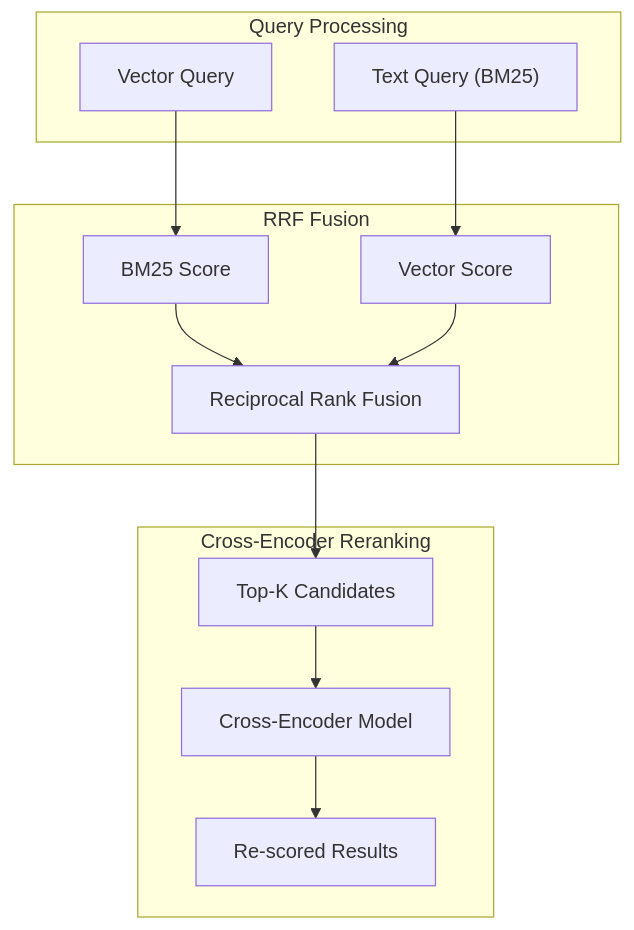
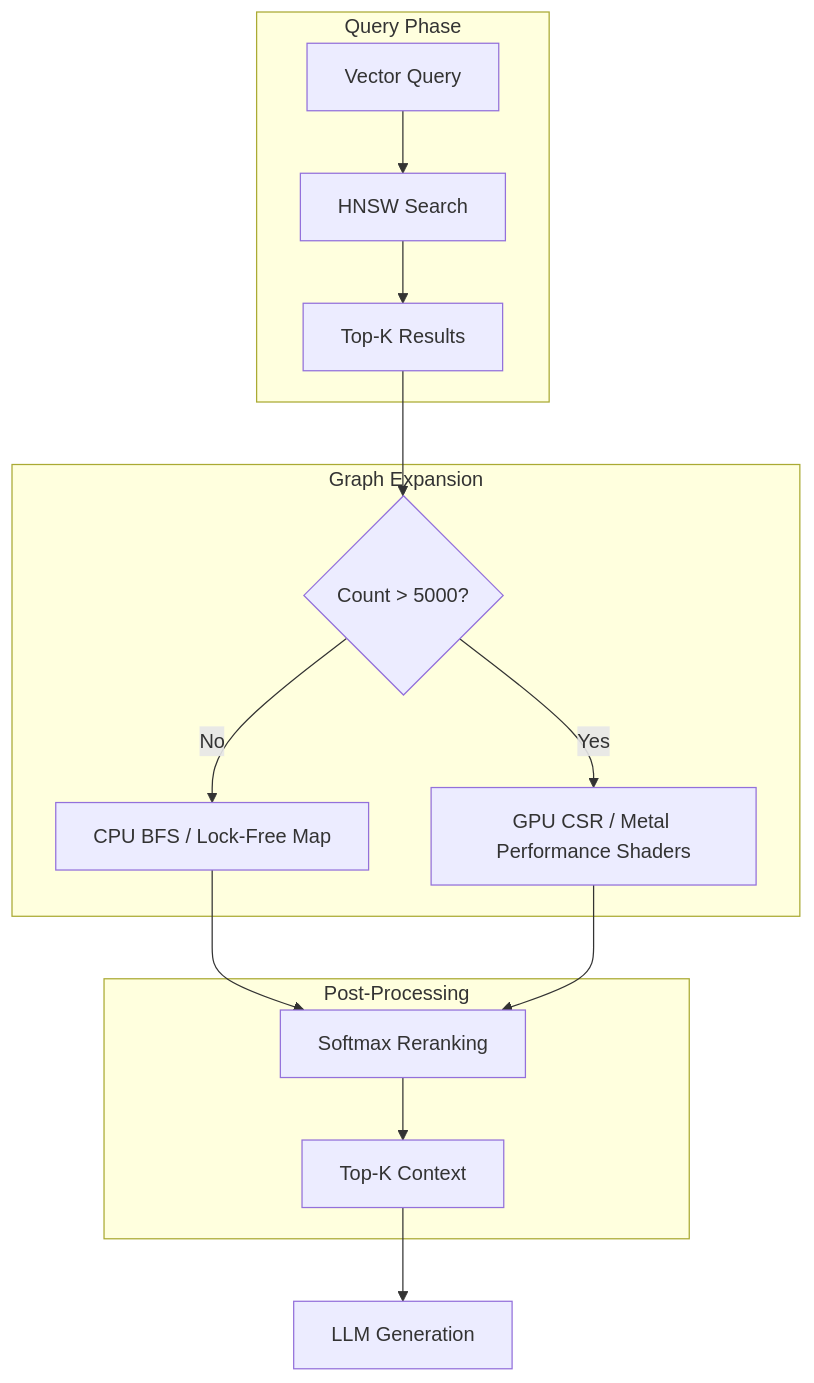
The fifth of 5 diagrams in docs/architecture.md (23skdu/longbow), drawn with Mermaid before and after one commit. The commit also changed other lines of this file and 14 other files, not shown here.

````diff
--- a/docs/architecture.md
+++ b/docs/architecture.md
@@ -188,27 +238,21 @@
 ```mermaid
-graph TB
-    subgraph Query["Query Processing"]
-        VecQuery["Vector Query"]
-        TextQuery["Text Query (BM25)"]
+graph TD
+    subgraph Query["Query Phase"]
+        Q[Vector Query] --> HNSW[HNSW Search]
+        HNSW --> Results[Top-K Results]
     end
 
-    subgraph Fusion["RRF Fusion"]
-        BM25["BM25 Score"]
-        Vector["Vector Score"]
-        RRF["Reciprocal Rank Fusion"]
+    subgraph Expansion["Graph Expansion"]
+        Results --> Dispatch{Count > 5000?}
+        Dispatch -- No --> CPU[CPU BFS / Lock-Free Map]
+        Dispatch -- Yes --> GPU[GPU CSR / Metal Performance Shaders]
     end
 
-    subgraph Rerank["Cross-Encoder Reranking"]
-        Candidates["Top-K Candidates"]
-        CrossEncoder["Cross-Encoder Model"]
-        ReScore["Re-scored Results"]
+    subgraph Rerank["Post-Processing"]
+        CPU --> Score[Softmax Reranking]
+        GPU --> Score
+        Score --> Final[Top-K Context]
     end
 
-    VecQuery --> BM25
-    TextQuery --> Vector
-    BM25 --> RRF
-    Vector --> RRF
-    RRF --> Candidates
-    Candidates --> CrossEncoder
-    CrossEncoder --> ReScore
+    Final --> RAG[LLM Generation]
 ```
````
